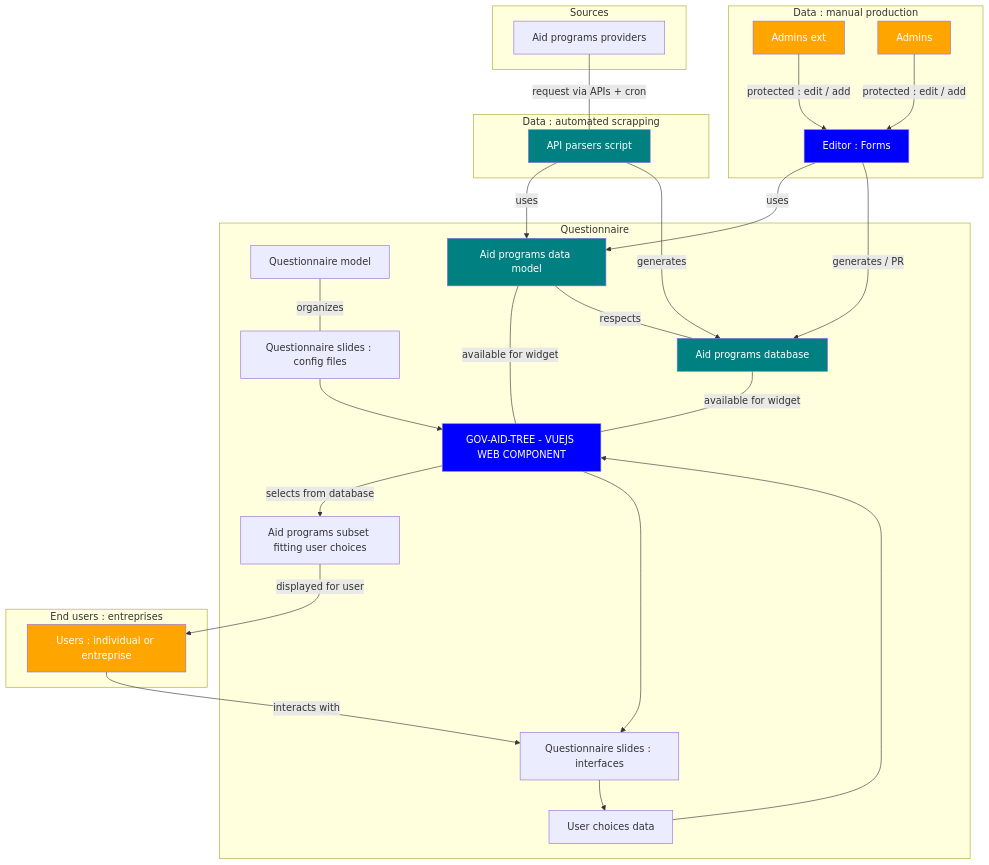
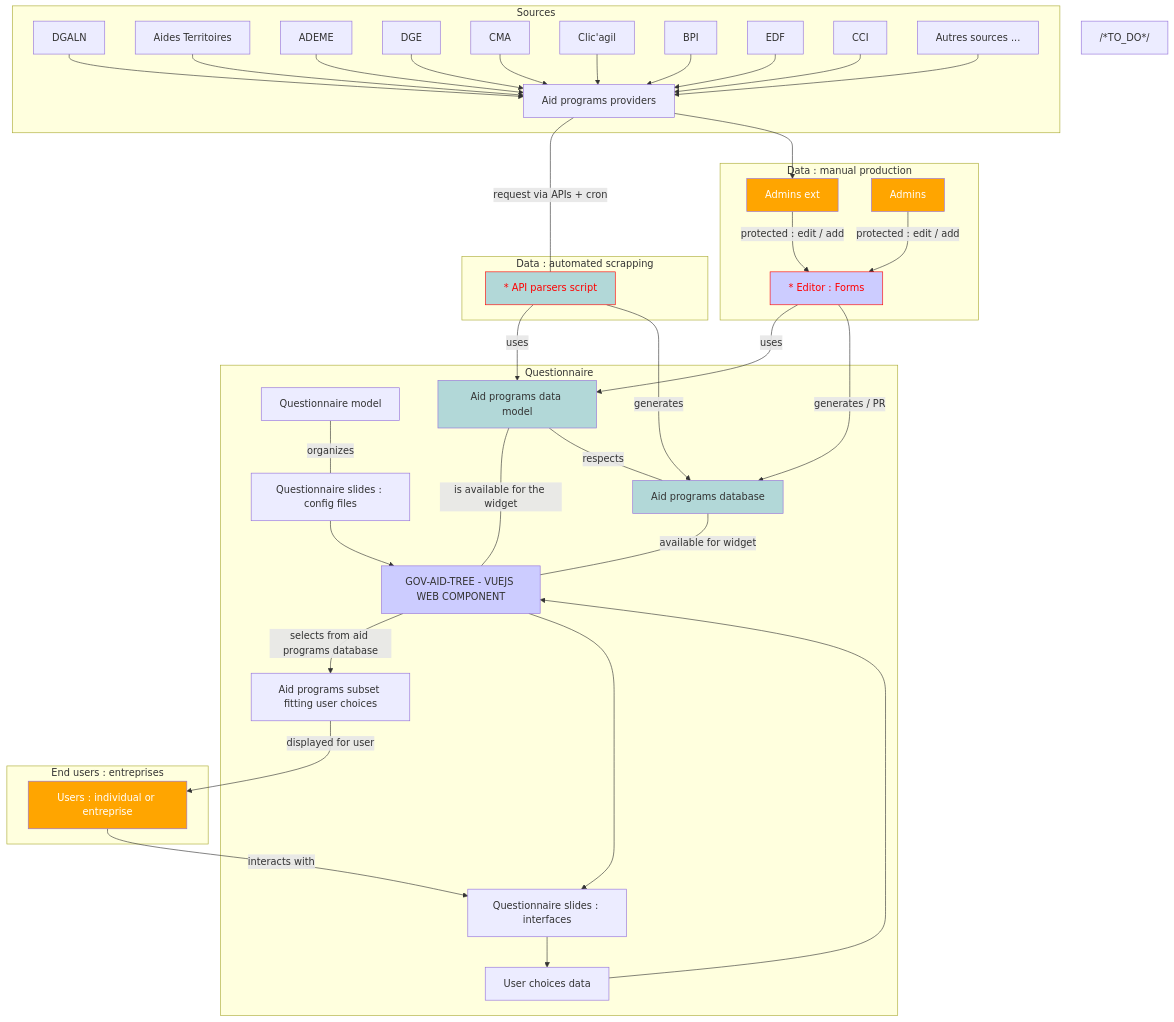
The first of 2 diagrams in README.md (betagouv/mission-transition-ecologique), drawn with Mermaid before and after one commit. The commit also changed other lines of this file and 12 other files, not shown here.

````diff
--- a/README.md
+++ b/README.md
@@ -90,56 +91,73 @@
 ```mermaid 
 graph TD;
     
     subgraph "Questionnaire"
     tracksModel[Questionnaire model] -- organizes --- tracks;
     tracks[Questionnaire slides : config files] --> widget[GOV-AID-TREE - VUEJS WEB COMPONENT];
-    datamodel[Aid programs data model] -- available for widget --- widget;
+    datamodel[Aid programs data model] -- is available for the widget --- widget;
     questions[Questionnaire slides : interfaces] --> choices[User choices data];
-    widget -- selects from database --> results[Aid programs subset fitting user choices];
+    widget -- selects from aid programs database --> results[Aid programs subset fitting user choices];
     widget --> questions;
     choices --> widget;
     datasets -- available for widget --- widget;
     datamodel -- respects --- datasets;
     end
-
+    
+    
     subgraph "Data : automated scrapping"
-    parser[API parsers script] -- uses --> datamodel;
+    parser[* API parsers script] -- uses --> datamodel;
     parser -- generates --> datasets[Aid programs database];
     end
 
     subgraph "Data : manual production"
     adminsExt[Admins ext] -- protected : edit / add --> editor;
     admins[Admins] -- protected : edit / add --> editor;
-    editor[Editor : Forms] -- uses --> datamodel;
+    editor[* Editor : Forms] -- uses --> datamodel;
     editor -- generates / PR --> datasets[Aid programs database];
     end
-
+    
+    
     subgraph "Sources"
+    dgaln[DGALN] --> sources
+    aidesterr[Aides Territoires] --> sources
+    ademe[ADEME] --> sources
+    dge[DGE] --> sources
+    cma[CMA] --> sources
+    clicagil[Clic'agil] --> sources
+    bpi[BPI] --> sources
+    edf[EDF] --> sources
+    cci[CCI] --> sources
+    other[Autres sources ...] --> sources
     sources[Aid programs providers] -- request via APIs + cron --- parser;
     end 
 
+    sources --> adminsExt
     
     subgraph "End users : entreprises"
     results -- displayed for user --> user[Users : individual or entreprise];
     user -- interacts with --> questions;
     end
 
-    style widget fill:blue
-    style widget color:white
-    style editor fill:blue
-    style editor color:white
+    %% STYLES APPS
+    style widget fill:#ccccff
+    style editor fill:#ccccff
     
-    style datasets fill:teal
-    style datasets color:white
-    style datamodel fill:teal
-    style datamodel color:white
-    style parser fill:teal
-    style parser color:white
+    %% STYLES DATA
+    style datasets fill:#b2d8d8
+    style datamodel fill:#b2d8d8
+    style parser fill:#b2d8d8
 
+    %% STYLES USERS
     style admins fill:orange
     style admins color:white
     style adminsExt fill:orange
     style adminsExt color:white
     style user fill:orange
     style user color:white
+    
+    /*TO_DO*/
+    style editor color:red
+    style editor stroke:red
+    style parser stroke:red
+    style parser color:red
 ```
````
